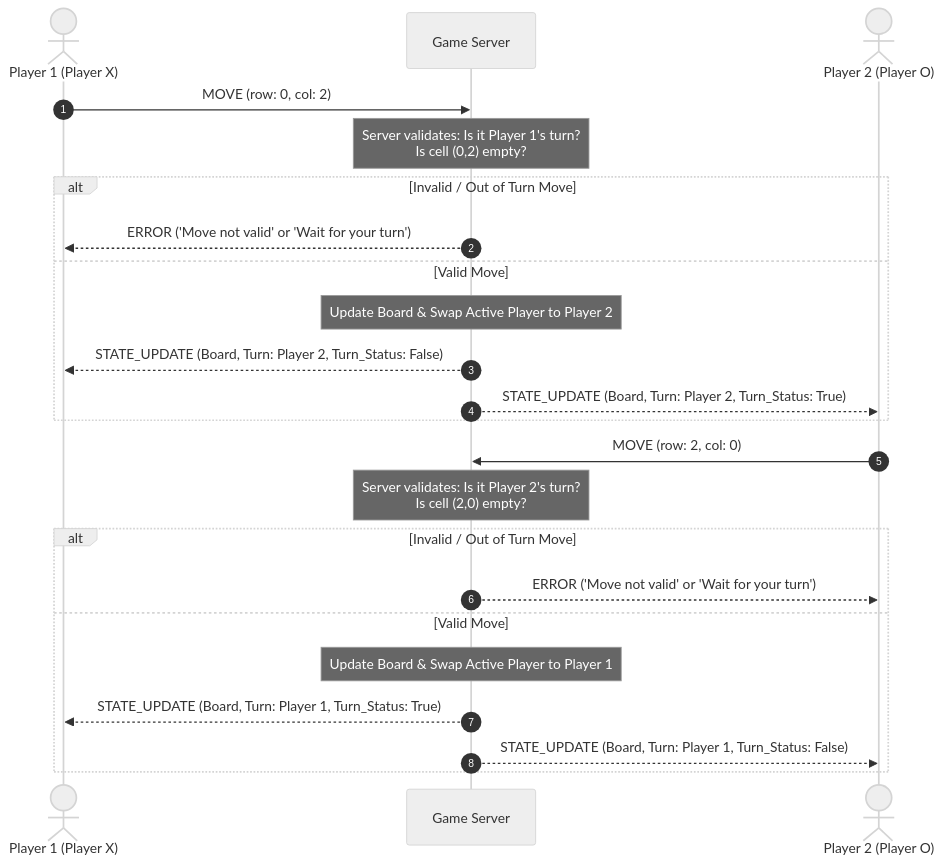
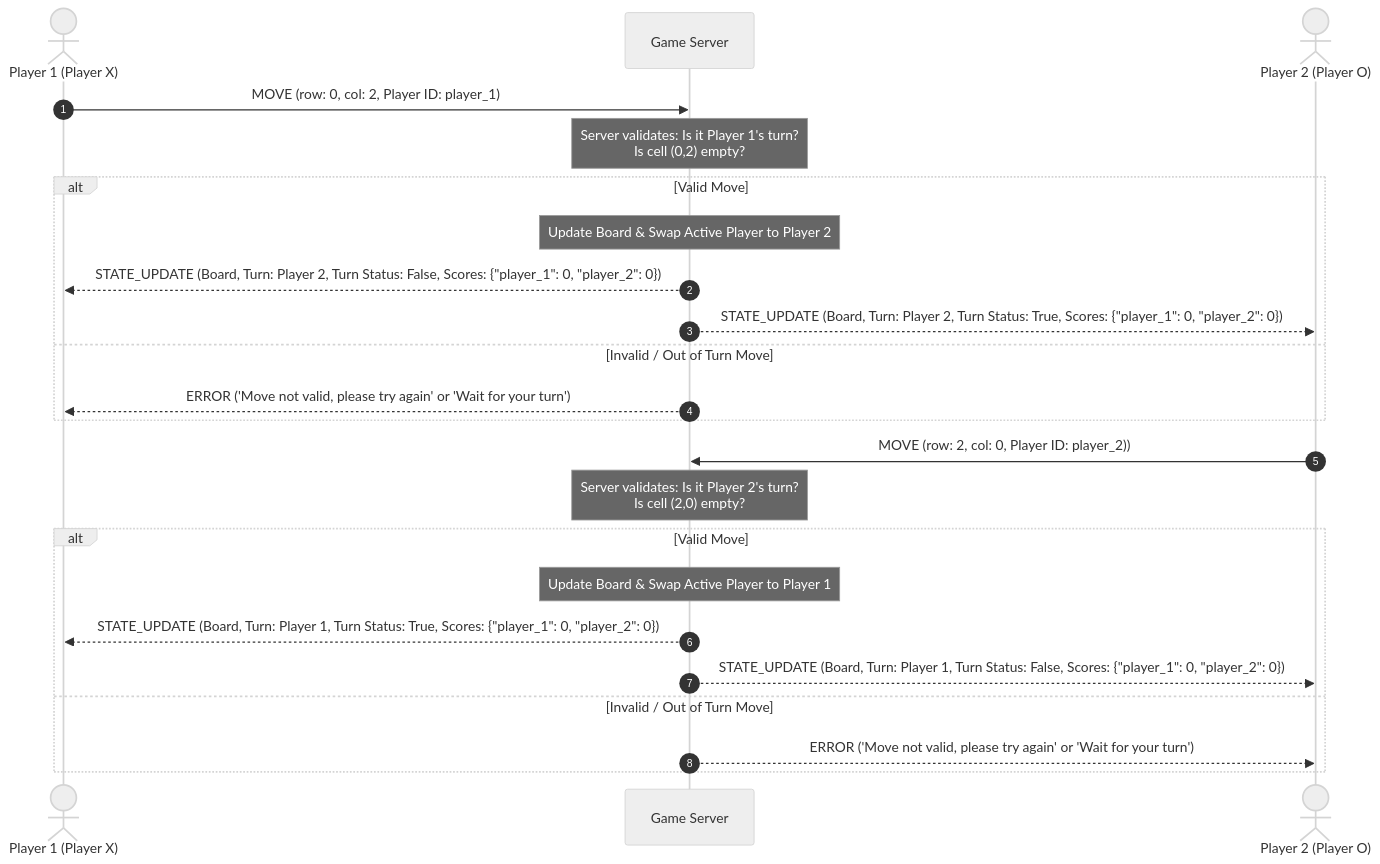
One commit to amancinas03/CS457_Project changed the diagram in sequence_diagram.md. Above: the diagram before and after it, drawn with Mermaid (neutral theme).

````diff
--- a/sequence_diagram.md
+++ b/sequence_diagram.md
@@ -11,27 +11,27 @@
 ```mermaid
 sequenceDiagram
     autonumber
     actor Player1 as Player 1 (Player X)
     participant Server as Game Server
     actor Player2 as Player 2 (Player O)
 
-    Player1->>Server: MOVE (row: 0, col: 2)
+    Player1->>Server: MOVE (row: 0, col: 2, Player ID: player_1)
     Note over Server: Server validates: Is it Player 1's turn?<br>Is cell (0,2) empty?
-    alt Invalid / Out of Turn Move
-        Server-->>Player1: ERROR ('Move not valid' or 'Wait for your turn')
-    else Valid Move
+    alt Valid Move
         Note over Server: Update Board & Swap Active Player to Player 2
-        Server-->>Player1: STATE_UPDATE (Board, Turn: Player 2, Turn_Status: False)
-        Server-->>Player2: STATE_UPDATE (Board, Turn: Player 2, Turn_Status: True)
+        Server-->>Player1: STATE_UPDATE (Board, Turn: Player 2, Turn Status: False, Scores: {"player_1": 0, "player_2": 0})
+        Server-->>Player2: STATE_UPDATE (Board, Turn: Player 2, Turn Status: True, Scores: {"player_1": 0, "player_2": 0})
+    else Invalid / Out of Turn Move
+        Server-->>Player1: ERROR ('Move not valid, please try again' or 'Wait for your turn')
     end
 
-    Player2->>Server: MOVE (row: 2, col: 0)
+    Player2->>Server: MOVE (row: 2, col: 0, Player ID: player_2))
     Note over Server: Server validates: Is it Player 2's turn?<br>Is cell (2,0) empty?
-    alt Invalid / Out of Turn Move
-        Server-->>Player2: ERROR ('Move not valid' or 'Wait for your turn')
-    else Valid Move
+    alt Valid Move
         Note over Server: Update Board & Swap Active Player to Player 1
-        Server-->>Player1: STATE_UPDATE (Board, Turn: Player 1, Turn_Status: True)
-        Server-->>Player2: STATE_UPDATE (Board, Turn: Player 1, Turn_Status: False)
+        Server-->>Player1: STATE_UPDATE (Board, Turn: Player 1, Turn Status: True, Scores: {"player_1": 0, "player_2": 0})
+        Server-->>Player2: STATE_UPDATE (Board, Turn: Player 1, Turn Status: False, Scores: {"player_1": 0, "player_2": 0})
+    else Invalid / Out of Turn Move
+        Server-->>Player2: ERROR ('Move not valid, please try again' or 'Wait for your turn')
     end
 ```
````
